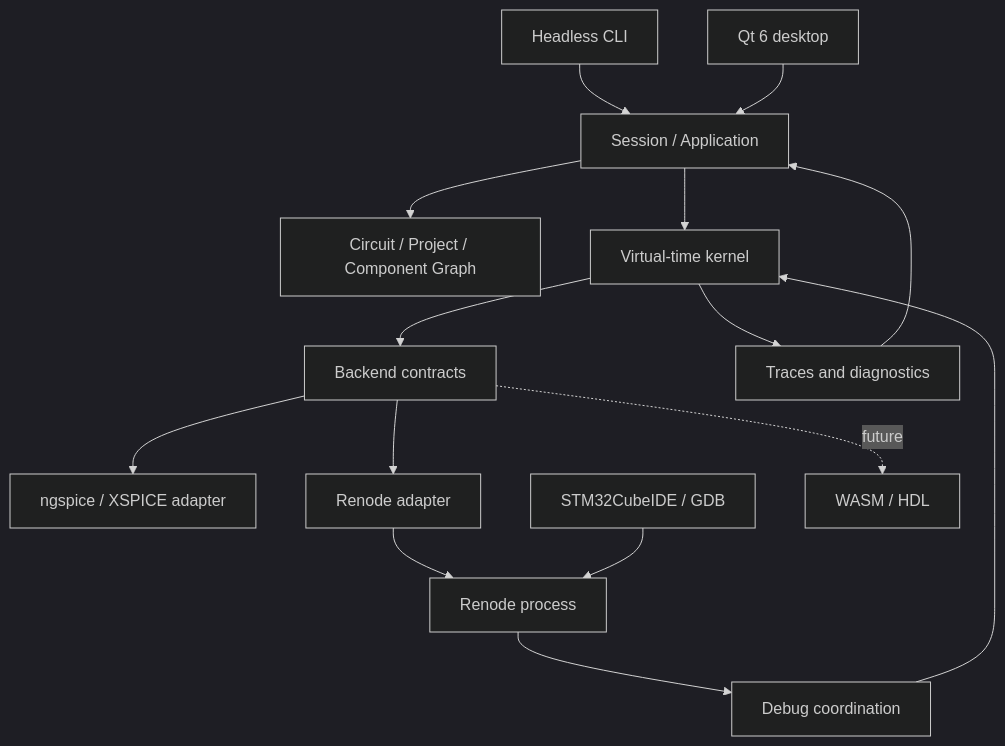
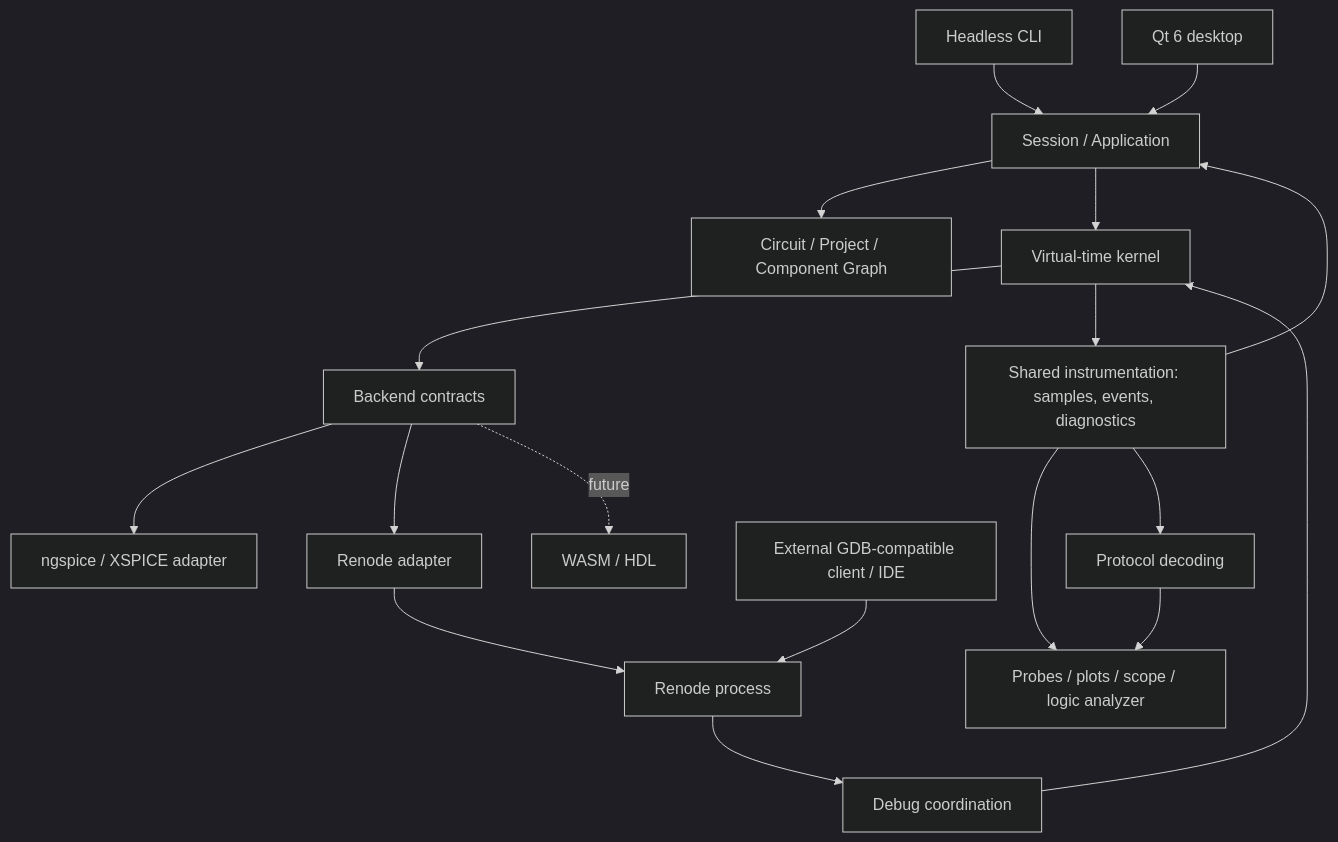
Before and after one commit to RicardoKers/SimNodus: the diagram in docs/architecture/README.md, drawn with Mermaid (dark theme). The commit also changed other lines of this file and 355 other files, not shown here.

````diff
--- a/docs/architecture/README.md
+++ b/docs/architecture/README.md
@@ -7,17 +7,20 @@
 ```mermaid
 flowchart TB
     CLI[Headless CLI] --> SESSION[Session / Application]
     UI[Qt 6 desktop] --> SESSION
     SESSION --> DOMAIN[Circuit / Project / Component Graph]
     SESSION --> CORE[Virtual-time kernel]
     CORE --> PORTS[Backend contracts]
     PORTS --> SPICE[ngspice / XSPICE adapter]
     PORTS --> MCU[Renode adapter]
     MCU --> RENODE[Renode process]
-    CORE --> TRACE[Traces and diagnostics]
+    CORE --> TRACE[Shared instrumentation: samples, events, diagnostics]
     TRACE --> SESSION
-    GDB[STM32CubeIDE / GDB] --> RENODE
+    TRACE --> INSTR[Probes / plots / scope / logic analyzer]
+    TRACE --> DECODE[Protocol decoding]
+    DECODE --> INSTR
+    GDB[External GDB-compatible client / IDE] --> RENODE
     RENODE --> DEBUG[Debug coordination]
     DEBUG --> CORE
     PORTS -. future .-> EXT[WASM / HDL]
 ```
````
